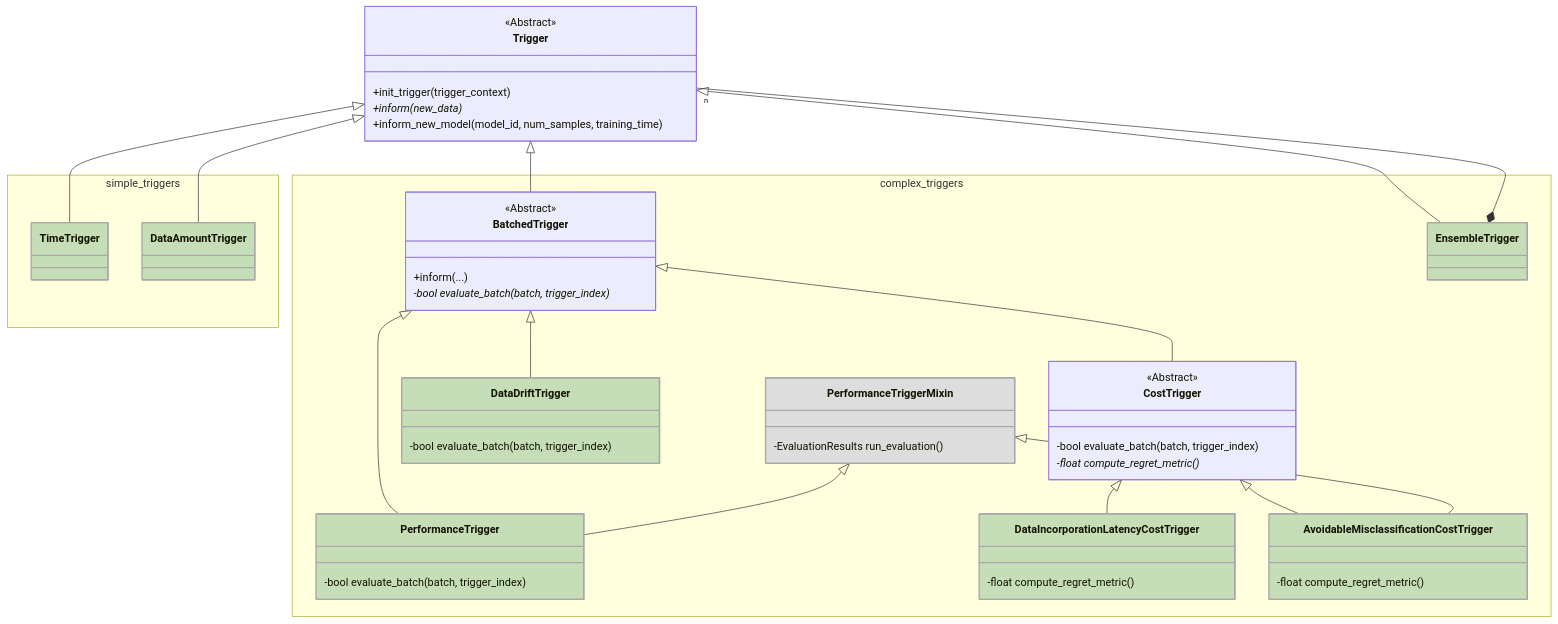
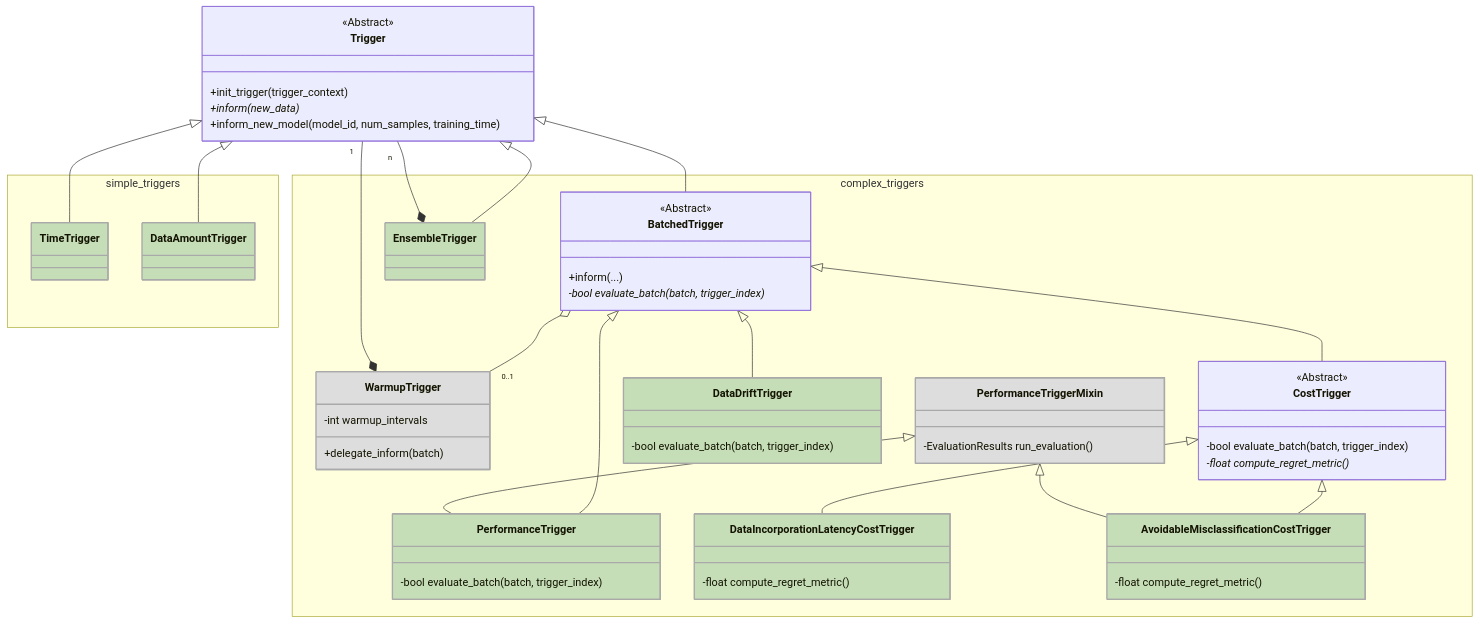
The diagram in docs/pipeline/triggers/OVERVIEW.md (eth-easl/modyn), drawn with Mermaid before and after one commit. The commit also changed 14 other files, not shown here.

```diff
--- a/docs/pipeline/triggers/OVERVIEW.md
+++ b/docs/pipeline/triggers/OVERVIEW.md
@@ -41,6 +41,11 @@
             <<Abstract>>
             +inform(...)
             -bool evaluate_batch(batch, trigger_index)*
+        }
+
+        class WarmupTrigger {
+            -int warmup_intervals
+            +delegate_inform(batch)
         }
 
         class PerformanceTriggerMixin {
@@ -74,13 +79,16 @@
 
     }
 
-    Trigger <|-- BatchedTrigger
     Trigger <|-- EnsembleTrigger
+    EnsembleTrigger *-- "n" Trigger
 
     Trigger <|-- TimeTrigger
     Trigger <|-- DataAmountTrigger
 
-    EnsembleTrigger *-- "n" Trigger
+    Trigger <|-- BatchedTrigger
+    BatchedTrigger o-- "0..1" WarmupTrigger
+
+    Trigger "1" --* WarmupTrigger
 
     BatchedTrigger <|-- DataDriftTrigger
     BatchedTrigger <|-- PerformanceTrigger
@@ -89,10 +97,11 @@
     CostTrigger <|-- DataIncorporationLatencyCostTrigger
     CostTrigger <|-- AvoidableMisclassificationCostTrigger
 
+    PerformanceTriggerMixin <|-- AvoidableMisclassificationCostTrigger
     PerformanceTriggerMixin <|-- PerformanceTrigger
-    PerformanceTriggerMixin <|-- AvoidableMisclassificationCostTrigger
 
     style PerformanceTriggerMixin fill:#DDDDDD,stroke:#A9A9A9,stroke-width:2px
+    style WarmupTrigger fill:#DDDDDD,stroke:#A9A9A9,stroke-width:2px
 
     style TimeTrigger fill:#C5DEB8,stroke:#A9A9A9,stroke-width:2px
     style DataAmountTrigger fill:#C5DEB8,stroke:#A9A9A9,stroke-width:2px
```
